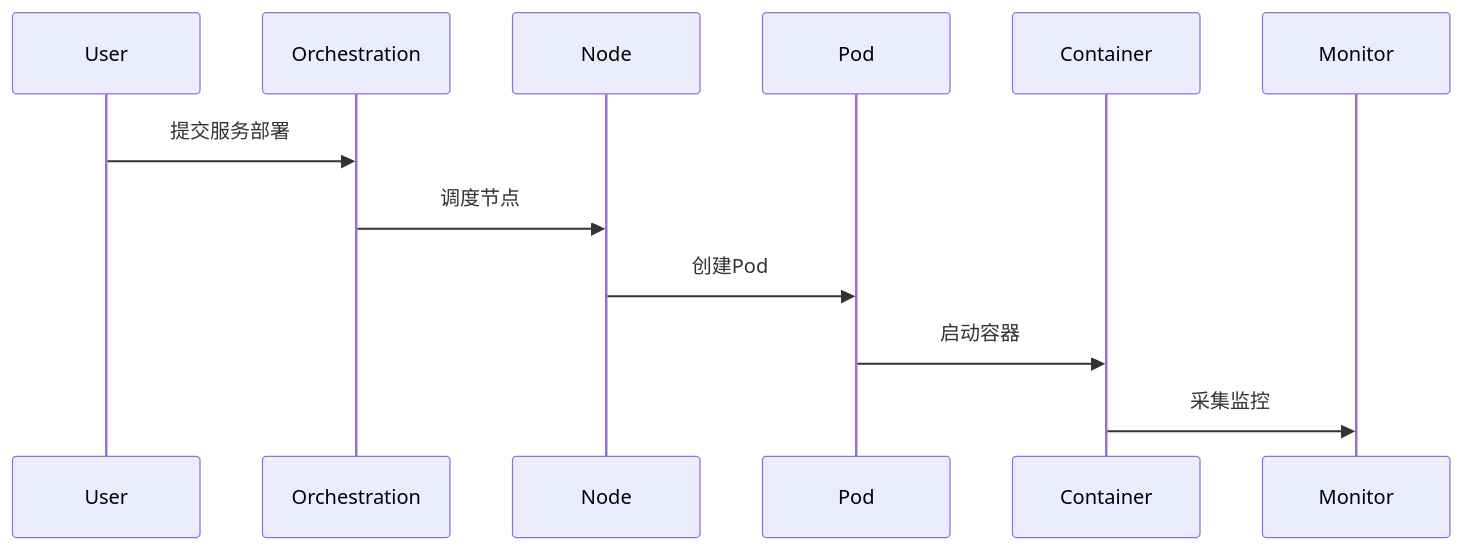
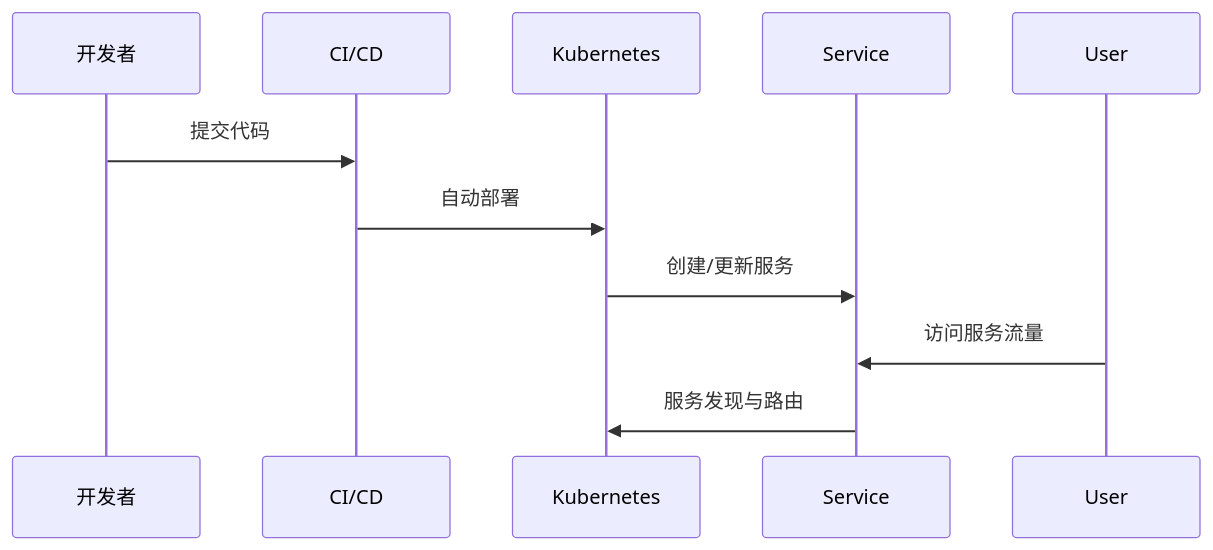
The second of 3 diagrams in docs/architecture_cloud_native_golang.md (AdaMartin18010/golang), drawn with Mermaid before and after one commit. The commit also changed other lines of this file and 3 other files, not shown here.

````diff
--- a/docs/architecture_cloud_native_golang.md
+++ b/docs/architecture_cloud_native_golang.md
@@ -144,15 +49,12 @@
 ```mermaid
 sequenceDiagram
-  participant U as User
-  participant O as Orchestration
-  participant N as Node
-  participant P as Pod
-  participant C as Container
-  participant M as Monitor
-
-  U->>O: 提交服务部署
-  O->>N: 调度节点
-  N->>P: 创建Pod
-  P->>C: 启动容器
-  C->>M: 采集监控
+  participant Dev as 开发者
+  participant CI as CI/CD
+  participant K8s as Kubernetes
+  participant Svc as Service
+  Dev->>CI: 提交代码
+  CI->>K8s: 自动部署
+  K8s->>Svc: 创建/更新服务
+  User->>Svc: 访问服务流量
+  Svc->>K8s: 服务发现与路由
 ```
````
